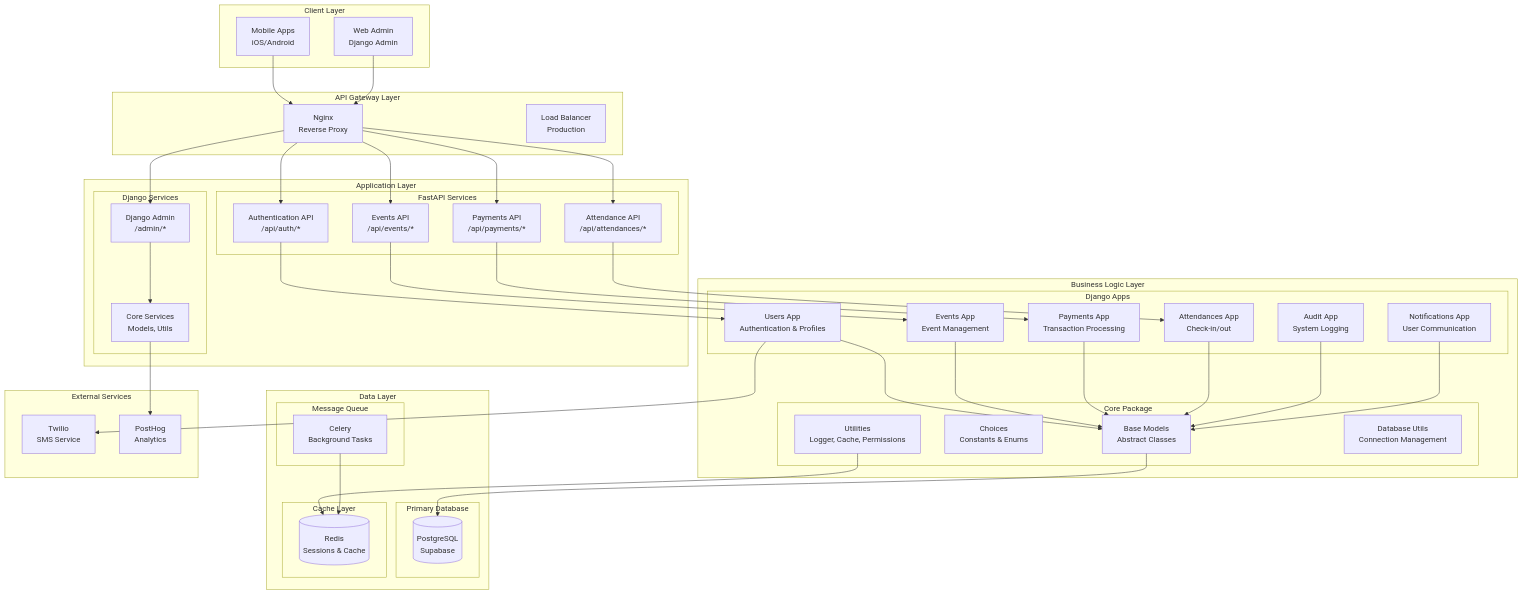
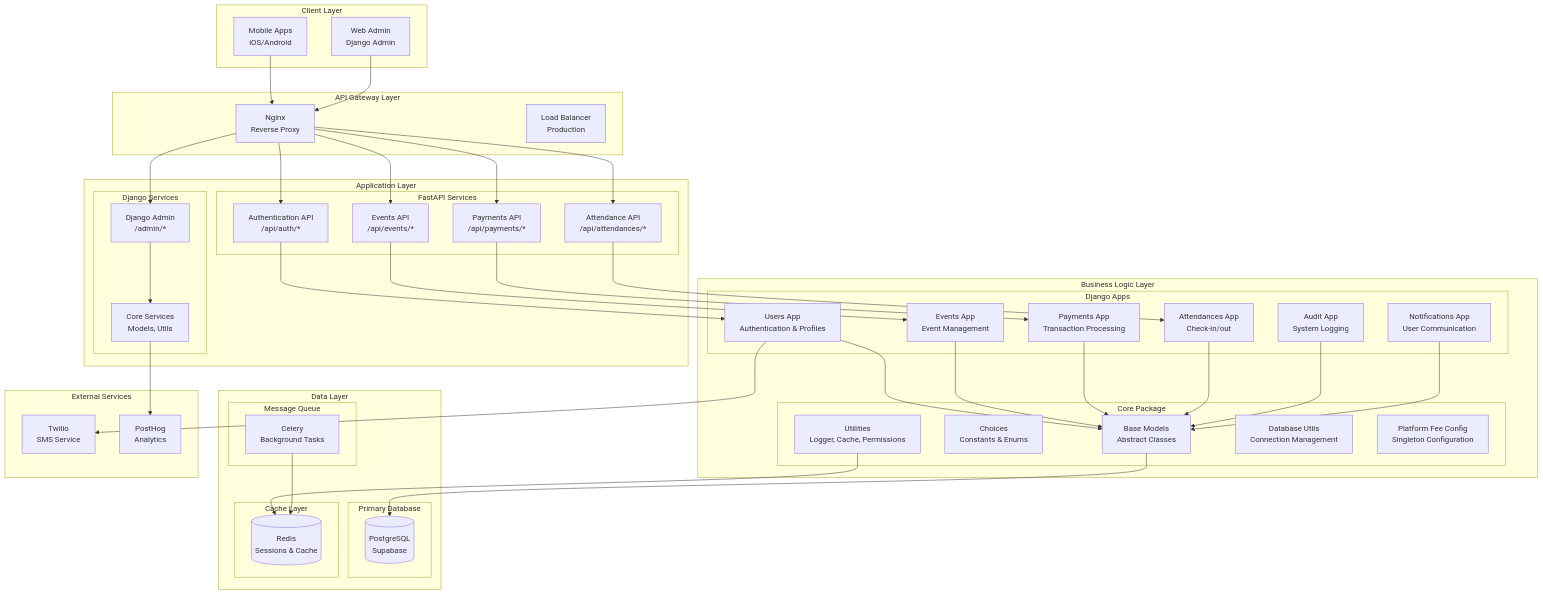
Before and after one commit to LOOPINX-CIRCLE/LoopinBackend: the first of 2 diagrams in docs/ARCHITECTURE_OVERVIEW.md, drawn with Mermaid. The commit also changed other lines of this file, not shown here.

First line of the commit message:
docs: Update architecture docs for core models and changes

```diff
--- a/docs/ARCHITECTURE_OVERVIEW.md
+++ b/docs/ARCHITECTURE_OVERVIEW.md
@@ -73,6 +73,7 @@
             CHOICES[Choices<br/>Constants & Enums]
             UTILS[Utilities<br/>Logger, Cache, Permissions]
             DB_UTILS[Database Utils<br/>Connection Management]
+            PLATFORM_FEE[Platform Fee Config<br/>Singleton Configuration]
         end
     end
     
```
